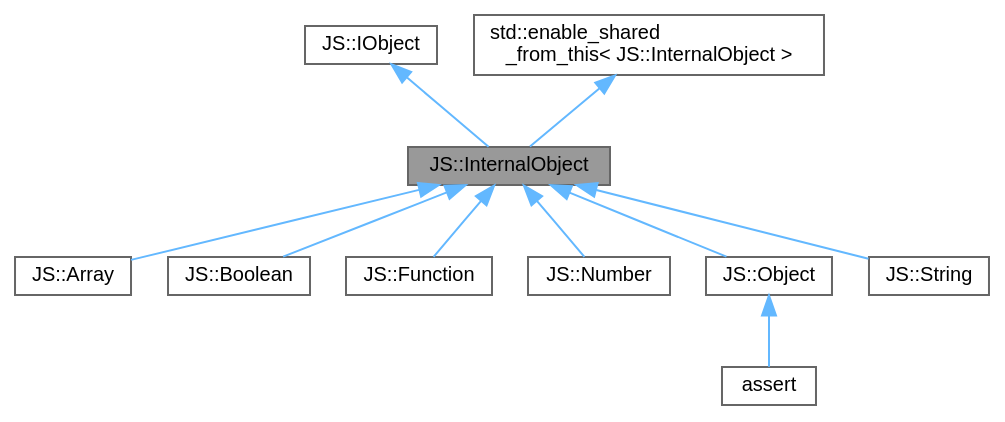
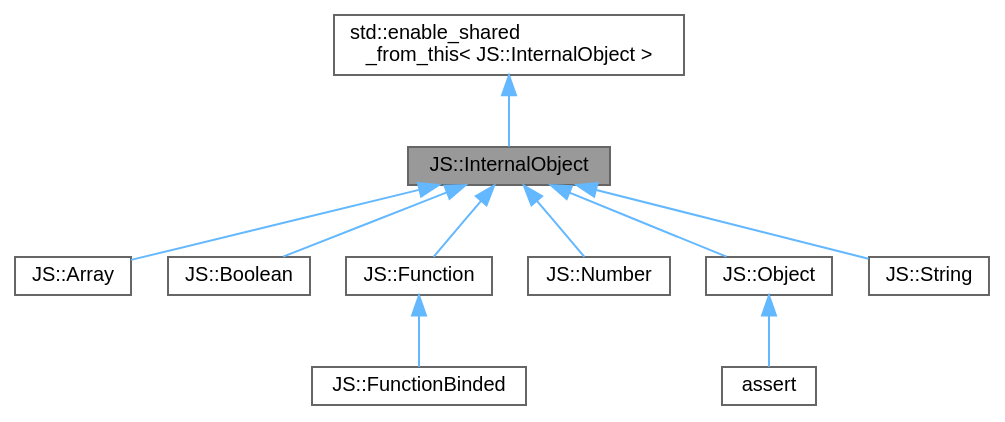
One commit to JS-CMP/JS-CMP changed the diagram in classJS_1_1InternalObject__inherit__graph.dot. Above: the diagram before and after it, drawn with Graphviz. The commit also changed 382 other files, not shown here.

```diff
--- a/classJS_1_1InternalObject__inherit__graph.dot
+++ b/classJS_1_1InternalObject__inherit__graph.dot
@@ -1,26 +1,26 @@
 digraph "JS::InternalObject"
 {
  // LATEX_PDF_SIZE
   bgcolor="transparent";
   edge [fontname=Helvetica,fontsize=10,labelfontname=Helvetica,labelfontsize=10];
   node [fontname=Helvetica,fontsize=10,shape=box,height=0.2,width=0.4];
   Node1 [id="Node000001",label="JS::InternalObject",height=0.2,width=0.4,color="gray40", fillcolor="grey60", style="filled", fontcolor="black",tooltip="Represents a base object for all JavaScript-like objects in C++."];
   Node2 -> Node1 [id="edge1_Node000001_Node000002",dir="back",color="steelblue1",style="solid",tooltip=" "];
-  Node2 [id="Node000002",label="JS::IObject",height=0.2,width=0.4,color="gray40", fillcolor="white", style="filled",URL="$classJS_1_1IObject.html",tooltip="Represents a base object for all JavaScript-like objects in C++."];
-  Node3 -> Node1 [id="edge2_Node000001_Node000003",dir="back",color="steelblue1",style="solid",tooltip=" "];
-  Node3 [id="Node000003",label="std::enable_shared\l_from_this\< JS::InternalObject \>",height=0.2,width=0.4,color="gray40", fillcolor="white", style="filled",tooltip=" "];
+  Node2 [id="Node000002",label="std::enable_shared\l_from_this\< JS::InternalObject \>",height=0.2,width=0.4,color="gray40", fillcolor="white", style="filled",tooltip=" "];
+  Node1 -> Node3 [id="edge2_Node000001_Node000003",dir="back",color="steelblue1",style="solid",tooltip=" "];
+  Node3 [id="Node000003",label="JS::Array",height=0.2,width=0.4,color="gray40", fillcolor="white", style="filled",URL="$classJS_1_1Array.html",tooltip="Represents a JavaScript-like array object in C++."];
   Node1 -> Node4 [id="edge3_Node000001_Node000004",dir="back",color="steelblue1",style="solid",tooltip=" "];
-  Node4 [id="Node000004",label="JS::Array",height=0.2,width=0.4,color="gray40", fillcolor="white", style="filled",URL="$classJS_1_1Array.html",tooltip="Represents a JavaScript-like array object in C++."];
+  Node4 [id="Node000004",label="JS::Boolean",height=0.2,width=0.4,color="gray40", fillcolor="white", style="filled",URL="$classJS_1_1Boolean.html",tooltip="Represent the boolean object in C++."];
   Node1 -> Node5 [id="edge4_Node000001_Node000005",dir="back",color="steelblue1",style="solid",tooltip=" "];
-  Node5 [id="Node000005",label="JS::Boolean",height=0.2,width=0.4,color="gray40", fillcolor="white", style="filled",URL="$classJS_1_1Boolean.html",tooltip="Represent the boolean object in C++."];
-  Node1 -> Node6 [id="edge5_Node000001_Node000006",dir="back",color="steelblue1",style="solid",tooltip=" "];
-  Node6 [id="Node000006",label="JS::Function",height=0.2,width=0.4,color="gray40", fillcolor="white", style="filled",URL="$classJS_1_1Function.html",tooltip="Represents a JavaScript-like function object in C++."];
+  Node5 [id="Node000005",label="JS::Function",height=0.2,width=0.4,color="gray40", fillcolor="white", style="filled",URL="$classJS_1_1Function.html",tooltip="Represents a JavaScript-like function object in C++."];
+  Node5 -> Node6 [id="edge5_Node000005_Node000006",dir="back",color="steelblue1",style="solid",tooltip=" "];
+  Node6 [id="Node000006",label="JS::FunctionBinded",height=0.2,width=0.4,color="gray40", fillcolor="white", style="filled",URL="$classJS_1_1FunctionBinded.html",tooltip="Represents a binded function object in C++. This class is a subclass of Function."];
   Node1 -> Node7 [id="edge6_Node000001_Node000007",dir="back",color="steelblue1",style="solid",tooltip=" "];
   Node7 [id="Node000007",label="JS::Number",height=0.2,width=0.4,color="gray40", fillcolor="white", style="filled",URL="$classJS_1_1Number.html",tooltip="Represent the number object in C++."];
   Node1 -> Node8 [id="edge7_Node000001_Node000008",dir="back",color="steelblue1",style="solid",tooltip=" "];
   Node8 [id="Node000008",label="JS::Object",height=0.2,width=0.4,color="gray40", fillcolor="white", style="filled",URL="$classJS_1_1Object.html",tooltip="Represents a JavaScript-like object in C++."];
   Node8 -> Node9 [id="edge8_Node000008_Node000009",dir="back",color="steelblue1",style="solid",tooltip=" "];
   Node9 [id="Node000009",label="assert",height=0.2,width=0.4,color="gray40", fillcolor="white", style="filled",URL="$classassert.html",tooltip=" "];
   Node1 -> Node10 [id="edge9_Node000001_Node000010",dir="back",color="steelblue1",style="solid",tooltip=" "];
   Node10 [id="Node000010",label="JS::String",height=0.2,width=0.4,color="gray40", fillcolor="white", style="filled",URL="$classJS_1_1String.html",tooltip="Represents the string object in C++."];
 }
```
